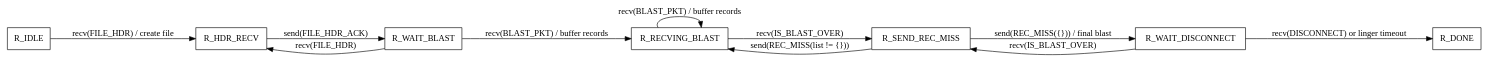
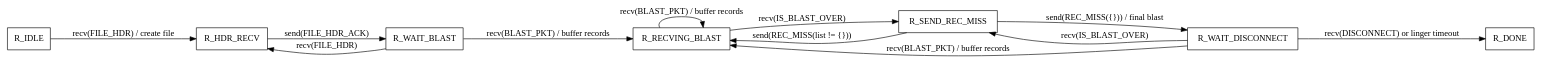
One commit to Vaibhav-Sonkusare/MTech_Labs changed the diagram in Networks/fft/client.dot. Above: the diagram before and after it, drawn with Graphviz. The commit also changed 3 other files, not shown here.

```diff
--- a/Networks/fft/client.dot
+++ b/Networks/fft/client.dot
@@ -1,17 +1,20 @@
 digraph ReceiverFSM {
   rankdir=LR;
   node [shape=box];
 
   R_IDLE -> R_HDR_RECV [label="recv(FILE_HDR) / create file"];
 
   R_HDR_RECV -> R_WAIT_BLAST [label="send(FILE_HDR_ACK)"];
   R_WAIT_BLAST -> R_HDR_RECV [label="recv(FILE_HDR)"];
   R_WAIT_BLAST -> R_RECVING_BLAST [label="recv(BLAST_PKT) / buffer records"];
 
   R_RECVING_BLAST -> R_RECVING_BLAST [label="recv(BLAST_PKT) / buffer records"];
   R_RECVING_BLAST -> R_SEND_REC_MISS [label="recv(IS_BLAST_OVER)"];
   R_SEND_REC_MISS -> R_RECVING_BLAST [label="send(REC_MISS(list != {}))"];
   R_SEND_REC_MISS -> R_WAIT_DISCONNECT [label="send(REC_MISS({})) / final blast"];
+  
   R_WAIT_DISCONNECT -> R_SEND_REC_MISS [label="recv(IS_BLAST_OVER)"];
+  R_WAIT_DISCONNECT -> R_RECVING_BLAST [label="recv(BLAST_PKT) / buffer records"];
+
   R_WAIT_DISCONNECT -> R_DONE [label="recv(DISCONNECT) or linger timeout"];
 }
```
